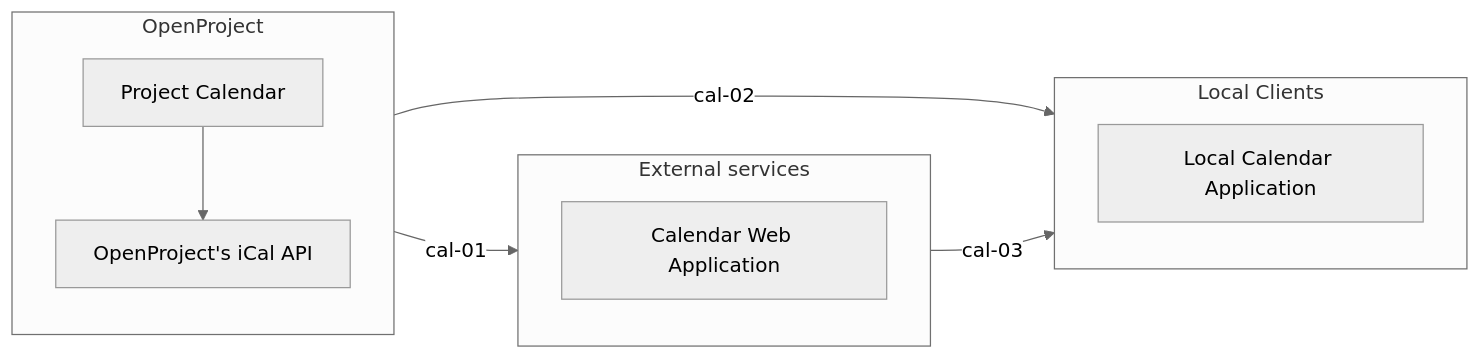
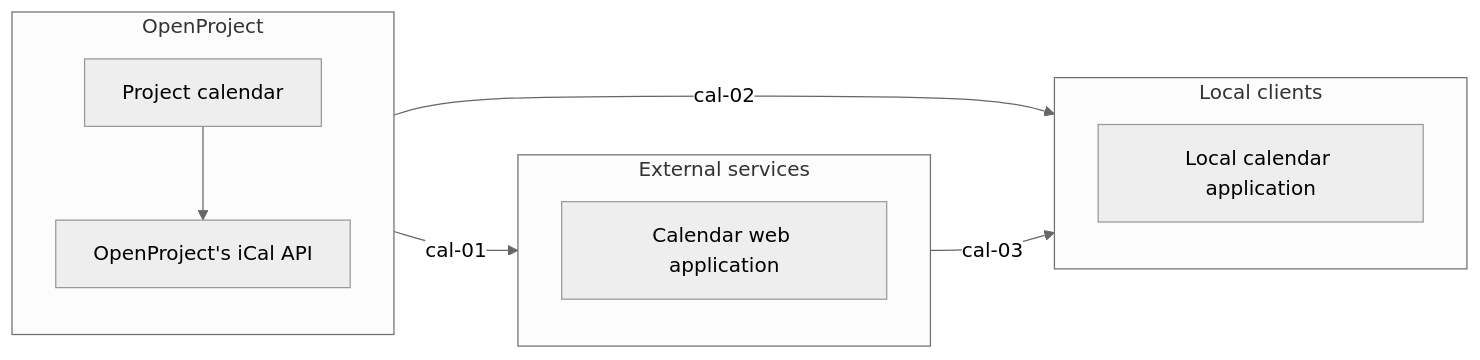
One commit to opf/openproject changed the fourth of 7 diagrams in docs/development/data-flow/README.md. Above: the diagram before and after it, drawn with Mermaid. The commit also changed other lines of this file, not shown here.

Commit message:
Adding api integrations to the data flow docs and minor harmonizations

````diff
--- a/docs/development/data-flow/README.md
+++ b/docs/development/data-flow/README.md
@@ -375,23 +375,23 @@
 ```mermaid
 %%{init: {'theme':'neutral'}}%%
 flowchart LR
  opicalapi[OpenProject's iCal API] --> |cal-01|B
- B[Calendar Web Application] -->|cal-03| localcalendarapp[Local Calendar Application] 
+ B[Calendar web application] -->|cal-03| localcalendarapp[Local calendar application] 
   opicalapi -->|cal-02| localcalendarapp
   
-  subgraph localclient[Local Clients]
+  subgraph localclient[Local clients]
   	direction TB
   		localcalendarapp
     end
 
 
     subgraph external[External services]
   		direction TB
   			B
     end
     
     subgraph OpenProject
  		direction TB
-  			projectcalendar[Project Calendar] --> opicalapi 
+  			projectcalendar[Project calendar] --> opicalapi 
     end
 ```
````
